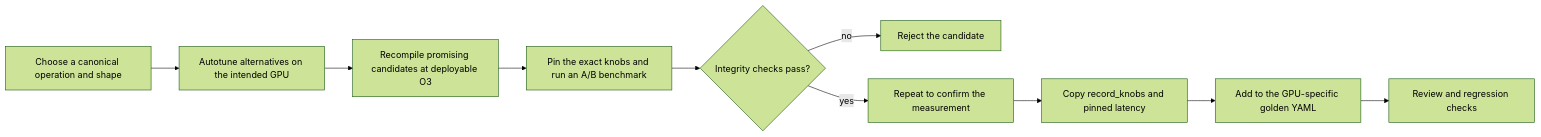
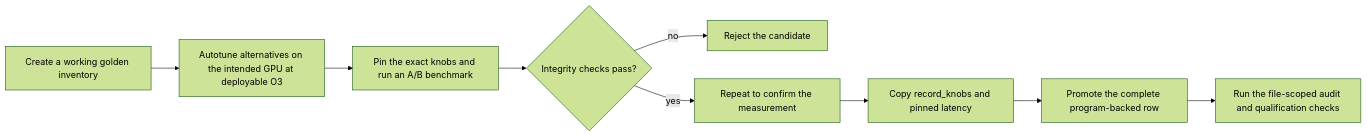
Before and after one commit to cloudrift-ai/emmy: the seventh of 8 diagrams in docs/docs/course/project_course.mdx, drawn with Mermaid (forest theme). The commit also changed other lines of this file and 5 other files, not shown here.

````diff
--- a/docs/docs/course/project_course.mdx
+++ b/docs/docs/course/project_course.mdx
@@ -1464,12 +1481,11 @@
 ```mermaid
 flowchart LR
-    Shape[Choose a canonical operation and shape] --> Tune[Autotune alternatives on the intended GPU]
-    Tune --> O3[Recompile promising candidates at deployable O3]
-    O3 --> Pin[Pin the exact knobs and run an A/B benchmark]
+    Shape[Create a working golden inventory] --> Tune[Autotune alternatives on the intended GPU at deployable O3]
+    Tune --> Pin[Pin the exact knobs and run an A/B benchmark]
     Pin --> Gates{Integrity checks pass?}
     Gates -->|no| Reject[Reject the candidate]
     Gates -->|yes| Repeat[Repeat to confirm the measurement]
     Repeat --> Copy[Copy record_knobs and pinned latency]
-    Copy --> YAML[Add to the GPU-specific golden YAML]
-    YAML --> Review[Review and regression checks]
+    Copy --> YAML[Promote the complete program-backed row]
+    YAML --> Review[Run the file-scoped audit and qualification checks]
 ```
````
